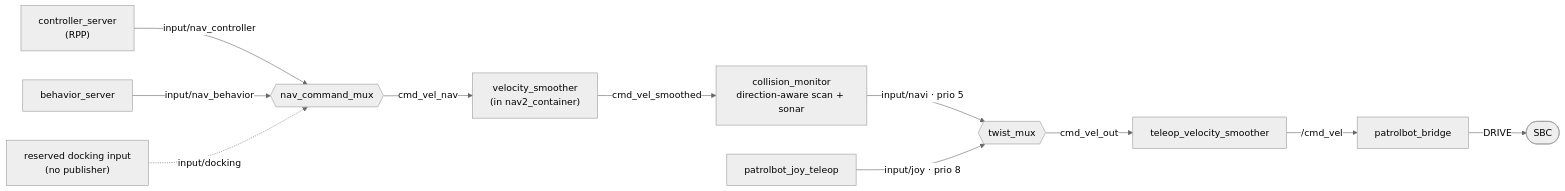
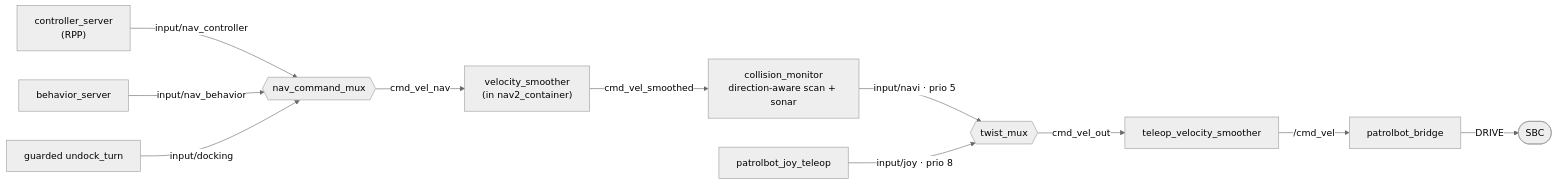
The second of 2 diagrams in docs/architecture/software-architecture.md (cmu-impactlab/patrolbot), drawn with Mermaid (neutral theme) before and after one commit. The commit also changed other lines of this file and 27 other files, not shown here.

````diff
--- a/docs/architecture/software-architecture.md
+++ b/docs/architecture/software-architecture.md
@@ -107,13 +107,13 @@
 ```mermaid
 flowchart LR
     RPP["controller_server\n(RPP)"] -->|input/nav_controller| NM{{"nav_command_mux"}}
     BS["behavior_server"] -->|input/nav_behavior| NM
-    FD["reserved docking input\n(no publisher)"] -.->|input/docking| NM
+    FD["guarded undock_turn"] -->|input/docking| NM
     NM -->|cmd_vel_nav| VS["velocity_smoother\n(in nav2_container)"]
     VS -->|cmd_vel_smoothed| CM["collision_monitor\ndirection-aware scan + sonar"]
     CM -->|input/navi · prio 5| TM{{"twist_mux"}}
     JT["patrolbot_joy_teleop"] -->|input/joy · prio 8| TM
     TM -->|cmd_vel_out| TVS["teleop_velocity_smoother"]
     TVS -->|/cmd_vel| BR["patrolbot_bridge"]
     BR -->|DRIVE| SBC([SBC])
 ```
````
